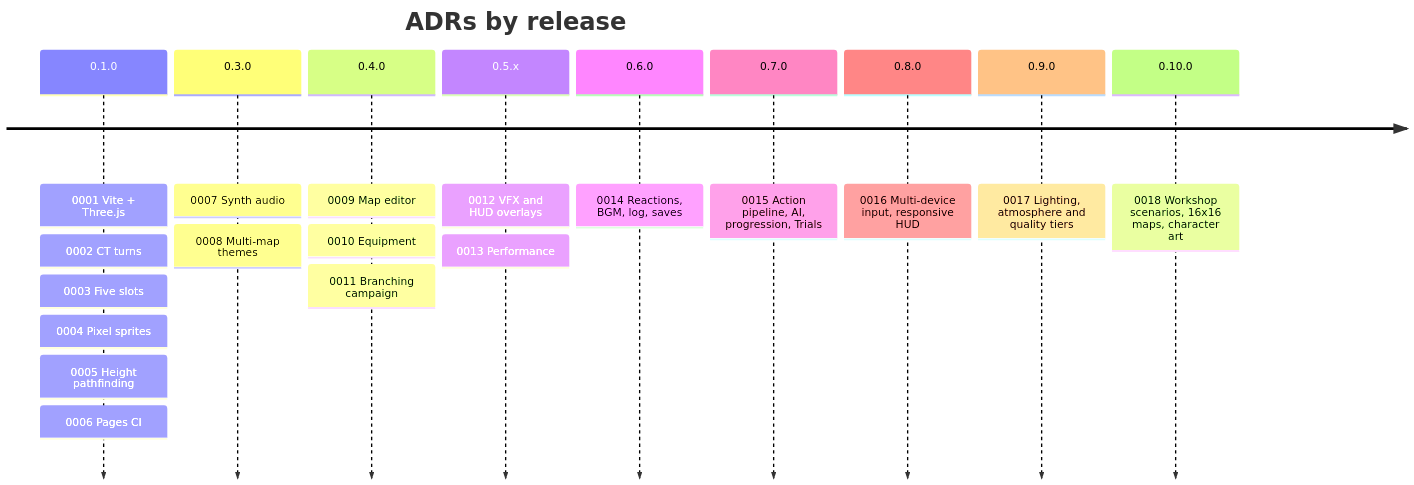
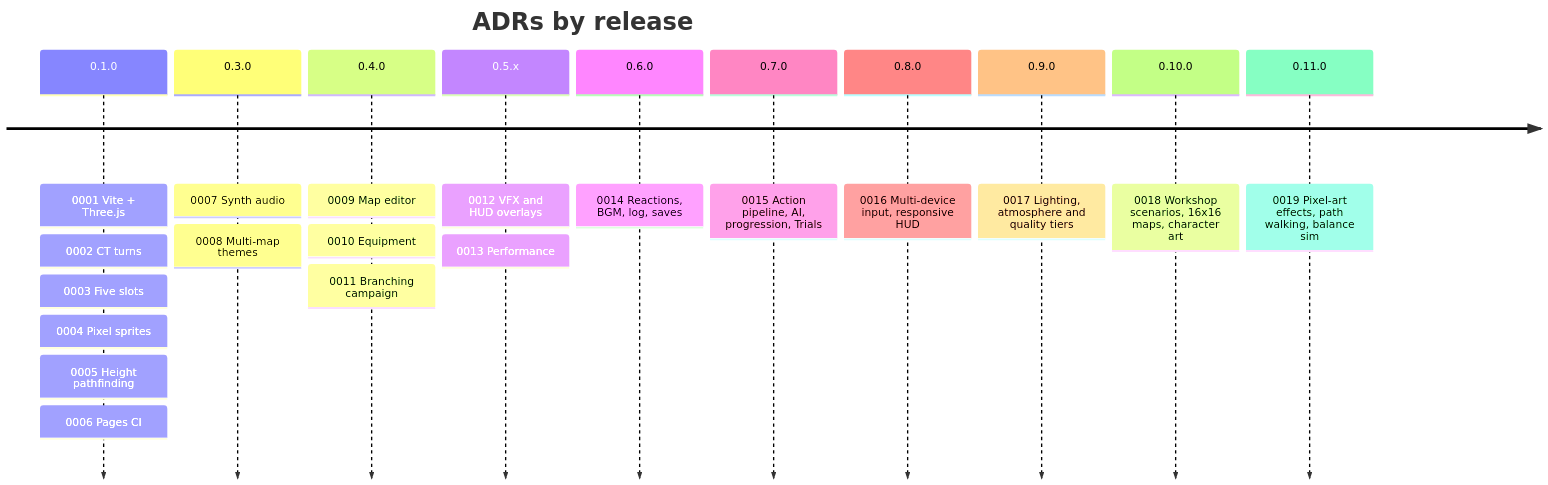
Before and after one commit to CptNope/Chess-RPG-Tactics: the second of 2 diagrams in docs/README.md, drawn with Mermaid. The commit also changed other lines of this file and 74 other files, not shown here.

First line of the commit message:
0.11.0: pixel-art battle effects, path walking, Workshop brush strokes, II-B rebalance

````diff
--- a/docs/README.md
+++ b/docs/README.md
@@ -52,13 +52,14 @@
 ```mermaid
 timeline
     title ADRs by release
     0.1.0 : 0001 Vite + Three.js : 0002 CT turns : 0003 Five slots : 0004 Pixel sprites : 0005 Height pathfinding : 0006 Pages CI
     0.3.0 : 0007 Synth audio : 0008 Multi-map themes
     0.4.0 : 0009 Map editor : 0010 Equipment : 0011 Branching campaign
     0.5.x : 0012 VFX and HUD overlays : 0013 Performance
     0.6.0 : 0014 Reactions, BGM, log, saves
     0.7.0 : 0015 Action pipeline, AI, progression, Trials
     0.8.0 : 0016 Multi-device input, responsive HUD
     0.9.0 : 0017 Lighting, atmosphere and quality tiers
     0.10.0 : 0018 Workshop scenarios, 16x16 maps, character art
+    0.11.0 : 0019 Pixel-art effects, path walking, balance sim
 ```
````
